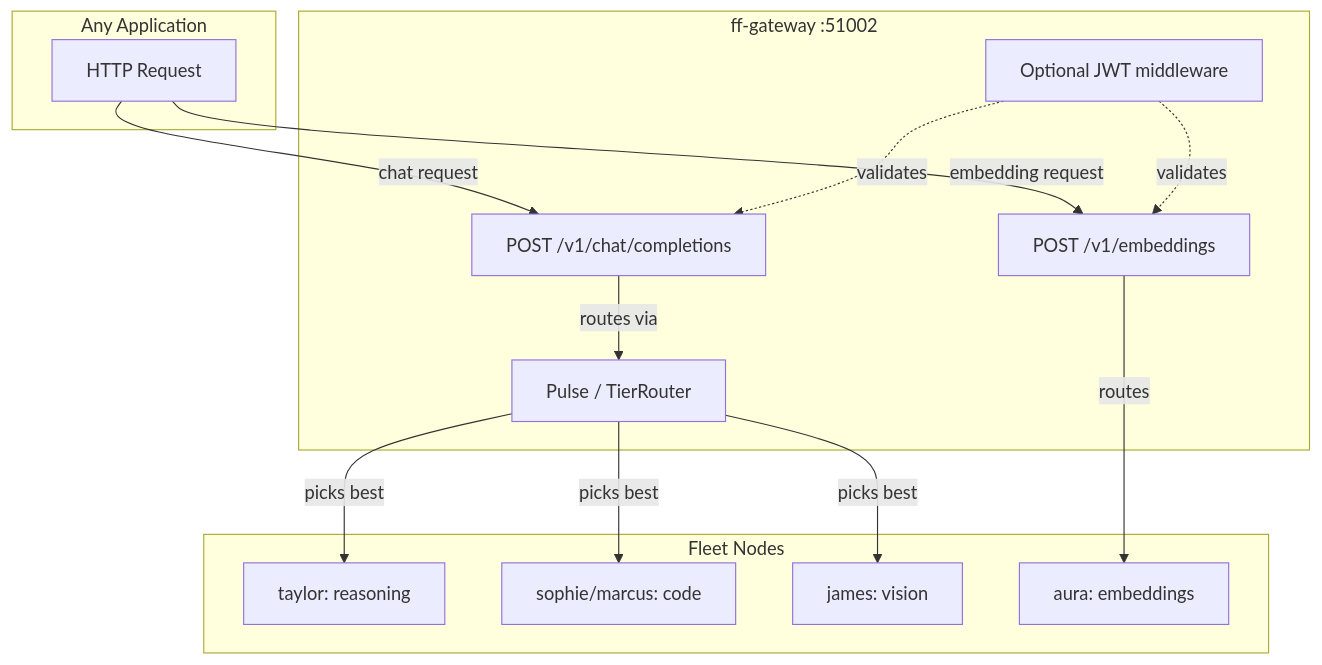
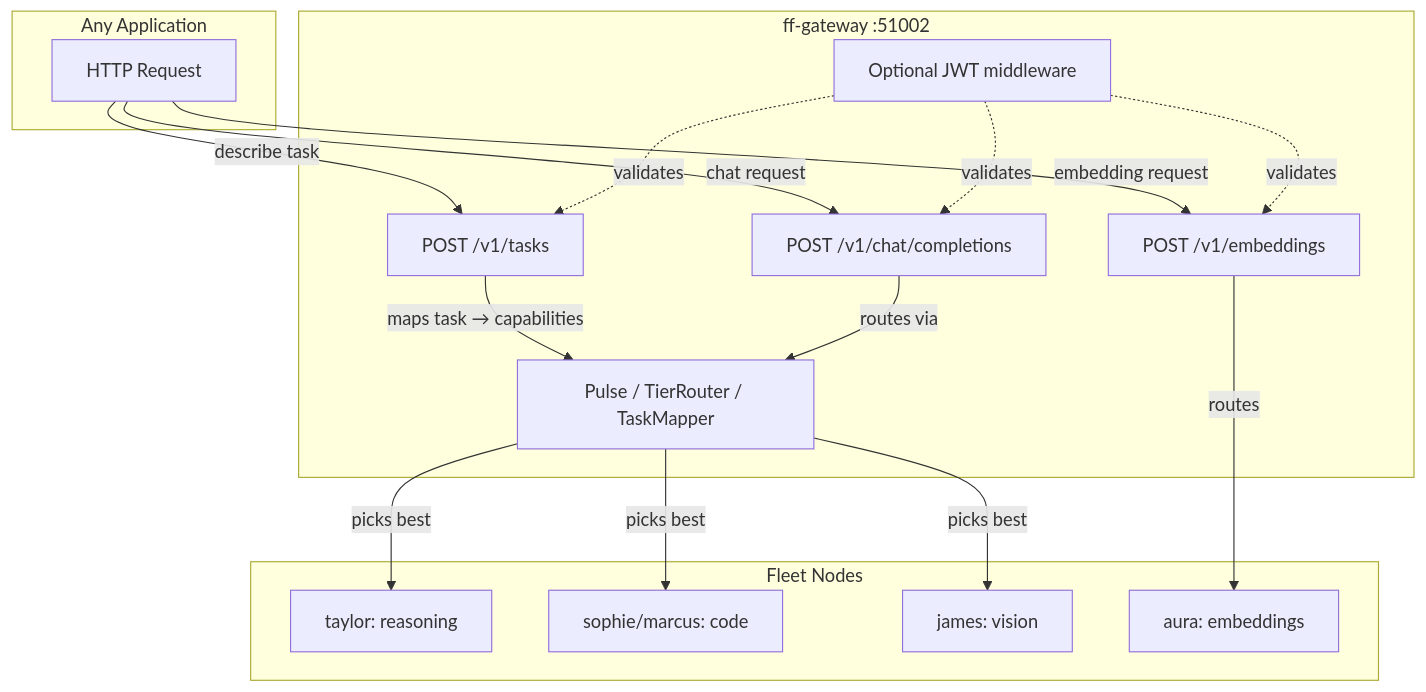
Before and after one commit to venkatyarl/forge-fleet: the diagram in docs/FLEET_CAPABILITY_ROUTING.md, drawn with Mermaid. The commit also changed other lines of this file, not shown here.

First line of the commit message:
docs: update fleet routing guide with task router API

````diff
--- a/docs/FLEET_CAPABILITY_ROUTING.md
+++ b/docs/FLEET_CAPABILITY_ROUTING.md
@@ -281,30 +229,34 @@
 ```mermaid
 flowchart TB
     subgraph Client["Any Application"]
         A[HTTP Request]
     end
 
     subgraph Gateway["ff-gateway :51002"]
+        T["POST /v1/tasks"]
         B["POST /v1/chat/completions"]
         C["POST /v1/embeddings"]
         D["Optional JWT middleware"]
-        E["Pulse / TierRouter"]
+        E["Pulse / TierRouter / TaskMapper"]
     end
 
     subgraph Fleet["Fleet Nodes"]
         F["taylor: reasoning"]
         G["sophie/marcus: code"]
         H["james: vision"]
         I["aura: embeddings"]
     end
 
+    A -->|describe task| T
     A -->|chat request| B
     A -->|embedding request| C
+    D -.->|validates| T
     D -.->|validates| B
     D -.->|validates| C
+    T -->|maps task → capabilities| E
     B -->|routes via| E
     E -->|picks best| F
     E -->|picks best| G
     E -->|picks best| H
     C -->|routes| I
 ```
````
